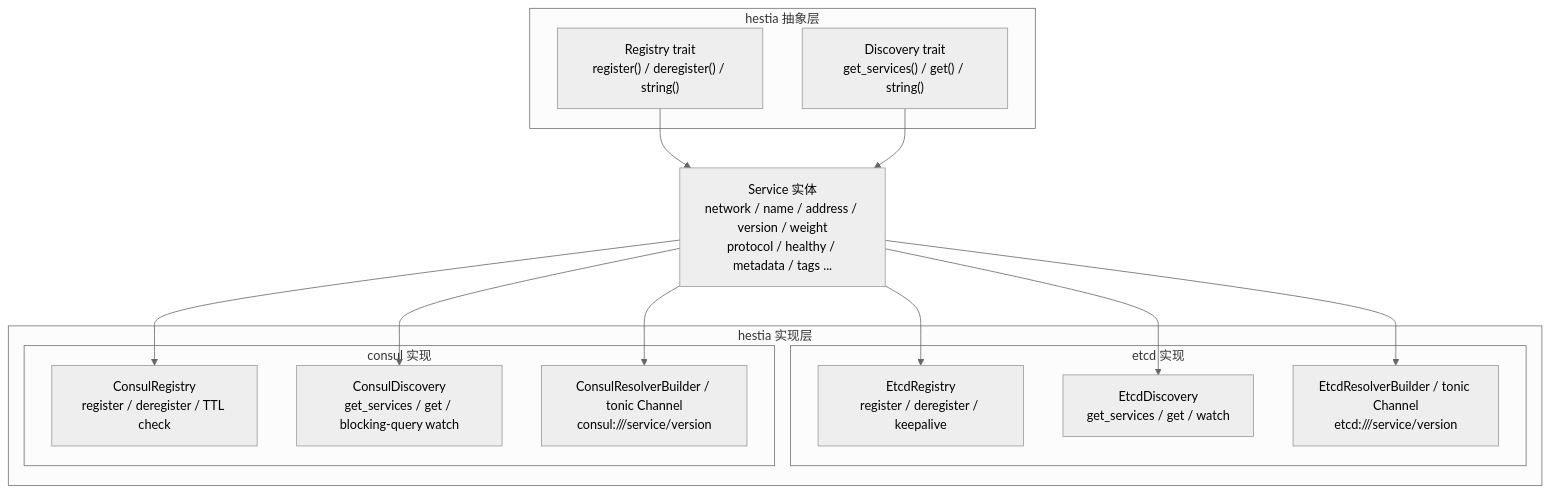
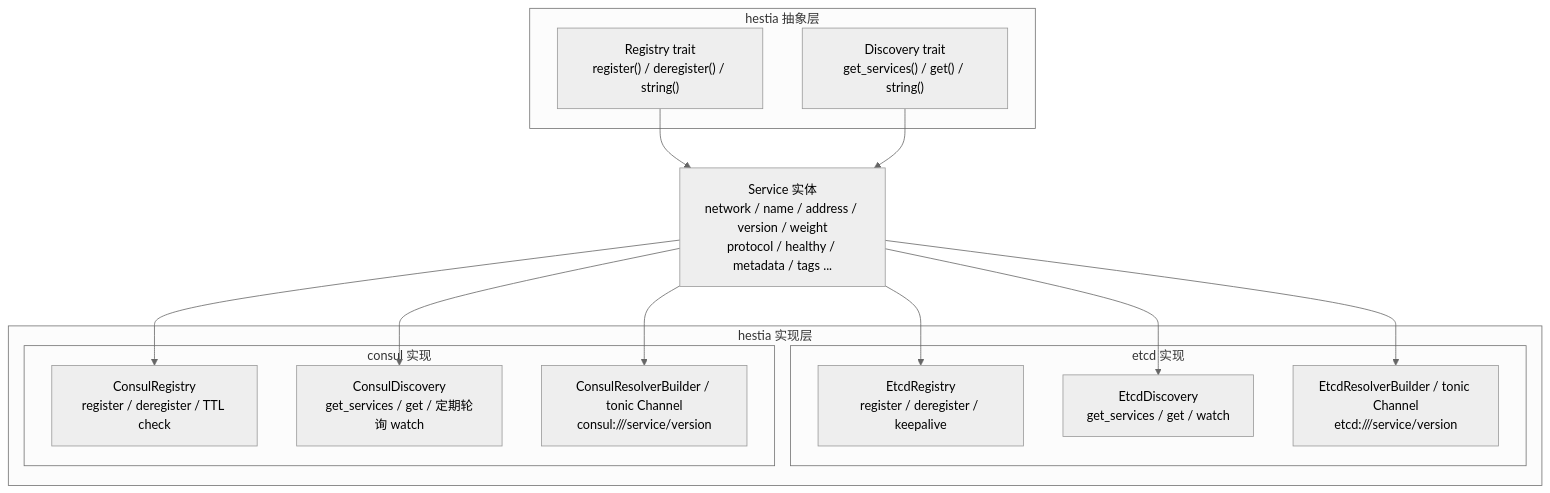
One commit to daheige/hephfx changed the diagram in rs-hestia/readme.md. Above: the diagram before and after it, drawn with Mermaid (neutral theme). The commit also changed other lines of this file and 12 other files, not shown here.

````diff
--- a/rs-hestia/readme.md
+++ b/rs-hestia/readme.md
@@ -43,32 +43,32 @@
 ```mermaid
 flowchart TB
     subgraph Abstract["hestia 抽象层"]
         Registry["Registry trait\nregister() / deregister() / string()"]
         Discovery["Discovery trait\nget_services() / get() / string()"]
     end
 
     Service["Service 实体\nnetwork / name / address / version / weight\nprotocol / healthy / metadata / tags ..."]
 
     subgraph Impl["hestia 实现层"]
         subgraph EtcdImpl["etcd 实现"]
             EtcdRegistry["EtcdRegistry\nregister / deregister / keepalive"]
             EtcdDiscovery["EtcdDiscovery\nget_services / get / watch"]
             EtcdResolver["EtcdResolverBuilder / tonic Channel\netcd:///service/version"]
         end
 
         subgraph ConsulImpl["consul 实现"]
             ConsulRegistry["ConsulRegistry\nregister / deregister / TTL check"]
-            ConsulDiscovery["ConsulDiscovery\nget_services / get / blocking-query watch"]
+            ConsulDiscovery["ConsulDiscovery\nget_services / get / 定期轮询 watch"]
             ConsulResolver["ConsulResolverBuilder / tonic Channel\nconsul:///service/version"]
         end
     end
 
     Registry --> Service
     Discovery --> Service
     Service --> EtcdRegistry
     Service --> EtcdDiscovery
     Service --> EtcdResolver
     Service --> ConsulRegistry
     Service --> ConsulDiscovery
     Service --> ConsulResolver
 ```
````
